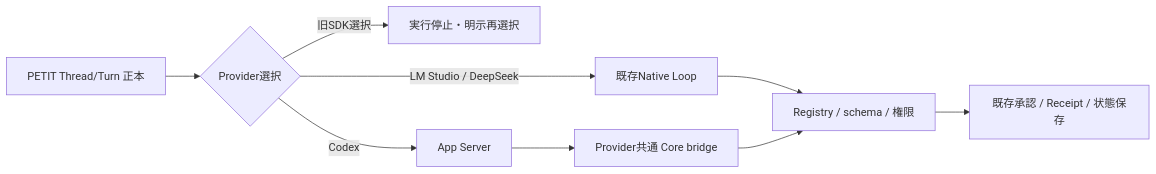
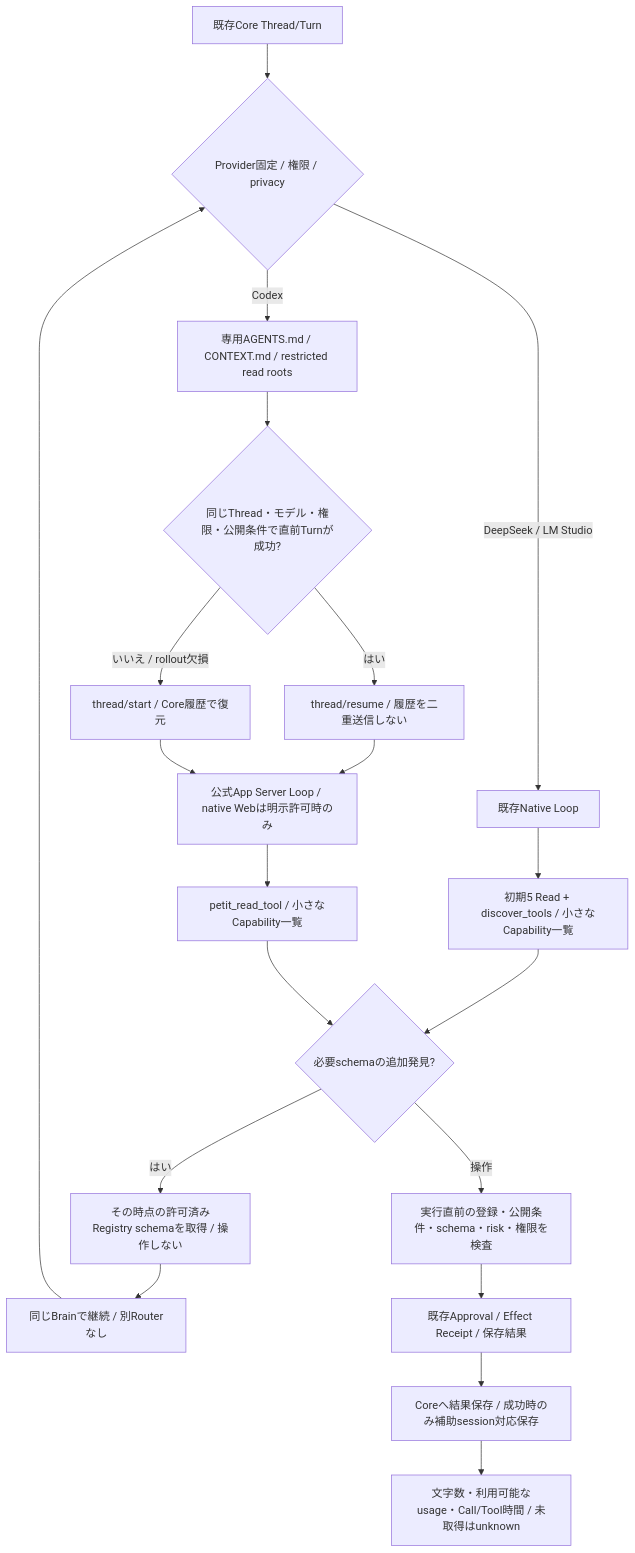
One commit to Soso2e/PETIT changed the first of 34 diagrams in docs/runtime-flows.md. Above: the diagram before and after it, drawn with Mermaid. The commit also changed other lines of this file and 23 other files, not shown here.

````diff
--- a/docs/runtime-flows.md
+++ b/docs/runtime-flows.md
@@ -3,11 +5,22 @@
 ```mermaid
-flowchart LR
-    Core[PETIT Thread/Turn 正本] --> Select{Provider選択}
-    Select -->|旧SDK選択| Migrate[実行停止・明示再選択]
-    Select -->|Codex| Codex[App Server]
-    Select -->|LM Studio / DeepSeek| Native[既存Native Loop]
-    Codex --> Bridge[Provider共通 Core bridge]
-    Native --> Validate[Registry / schema / 権限]
-    Bridge --> Validate
-    Validate --> Approval[既存承認 / Receipt / 状態保存]
+flowchart TD
+    Accept[既存Core Thread/Turn] --> Provider{Provider固定 / 権限 / privacy}
+    Provider -->|Codex| Workspace[専用AGENTS.md / CONTEXT.md / restricted read roots]
+    Workspace --> Mapping{同じThread・モデル・権限・公開条件で直前Turnが成功?}
+    Mapping -->|はい| Resume[thread/resume / 履歴を二重送信しない]
+    Mapping -->|いいえ / rollout欠損| Start[thread/start / Core履歴で復元]
+    Resume --> Agent[公式App Server Loop / native Webは明示許可時のみ]
+    Start --> Agent
+    Provider -->|DeepSeek / LM Studio| Native[既存Native Loop]
+    Native --> Compact[初期5 Read + discover_tools / 小さなCapability一覧]
+    Agent --> Bridge[petit_read_tool / 小さなCapability一覧]
+    Compact --> Discovery{必要schemaの追加発見?}
+    Bridge --> Discovery
+    Discovery -->|はい| Schemas[その時点の許可済みRegistry schemaを取得 / 操作しない]
+    Schemas --> Continue[同じBrainで継続 / 別Routerなし]
+    Discovery -->|操作| Validate[実行直前の登録・公開条件・schema・risk・権限を検査]
+    Validate --> Effects[既存Approval / Effect Receipt / 保存結果]
+    Continue --> Provider
+    Effects --> Result[Coreへ結果保存 / 成功時のみ補助session対応保存]
+    Result --> Metrics[文字数・利用可能なusage・Call/Tool時間 / 未取得はunknown]
 ```
````
